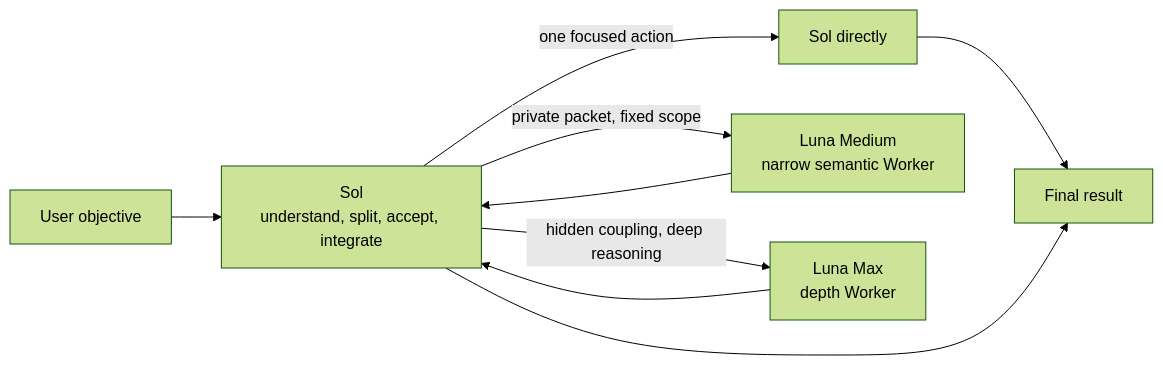
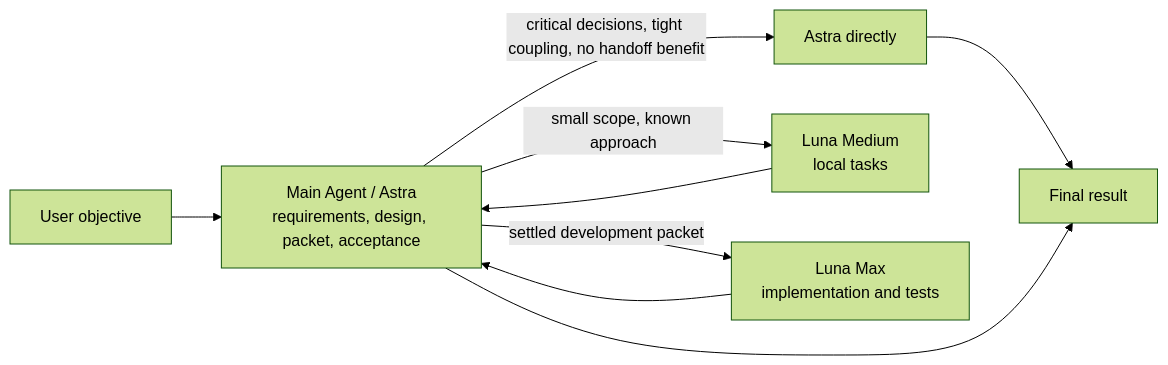
One commit to liuyejinghong/sol-worker-routing-codex changed the diagram in README.en.md. Above: the diagram before and after it, drawn with Mermaid (forest theme). The commit also changed other lines of this file and 9 other files, not shown here.

Commit message:
feat: adopt Astra-led development packets for Luna Max

````diff
--- a/README.en.md
+++ b/README.en.md
@@ -44,11 +44,11 @@
 ```mermaid
 flowchart LR
-    U["User objective"] --> S["Sol<br/>understand, split, accept, integrate"]
-    S -->|"one focused action"| D["Sol directly"]
-    S -->|"private packet, fixed scope"| LM["Luna Medium<br/>narrow semantic Worker"]
-    S -->|"hidden coupling, deep reasoning"| L["Luna Max<br/>depth Worker"]
+    U["User objective"] --> S["Main Agent / Astra<br/>requirements, design, packet, acceptance"]
+    S -->|"critical decisions, tight coupling, no handoff benefit"| D["Astra directly"]
+    S -->|"small scope, known approach"| LM["Luna Medium<br/>local tasks"]
+    S -->|"settled development packet"| L["Luna Max<br/>implementation and tests"]
     D --> O["Final result"]
     LM --> S
     L --> S
     S --> O
 ```
````
